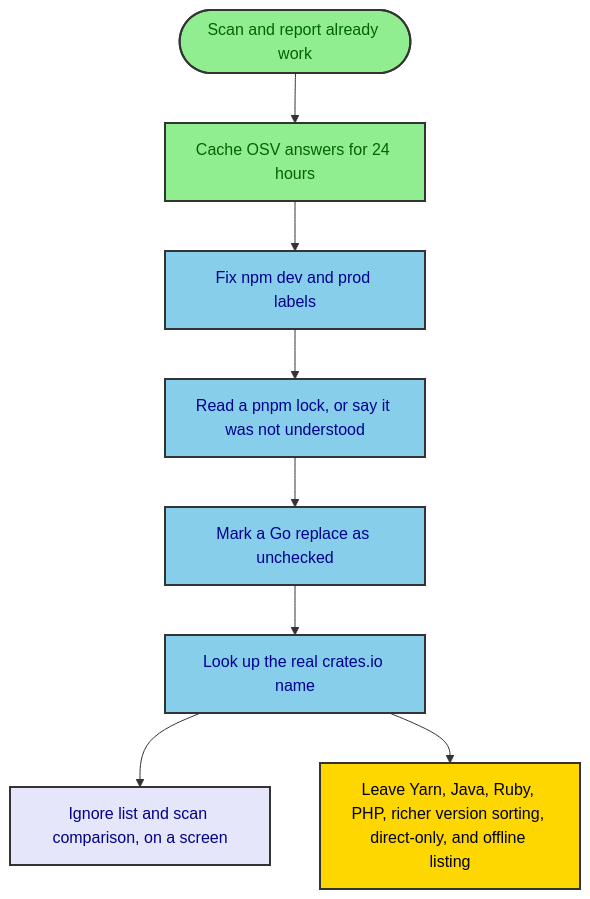
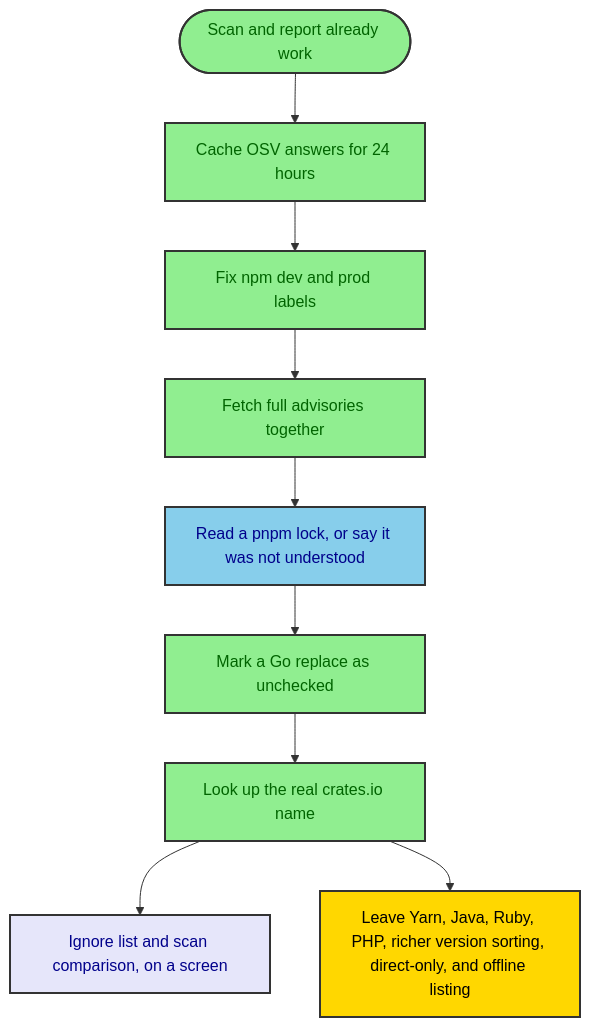
One commit to abrar41148/SupScan changed the diagram in diagrams/roadmap_01_flowchart_work_order.mmd. Above: the diagram before and after it, drawn with Mermaid. The commit also changed 4 other files, not shown here.

```diff
--- a/diagrams/roadmap_01_flowchart_work_order.mmd
+++ b/diagrams/roadmap_01_flowchart_work_order.mmd
@@ -1,18 +1,19 @@
 flowchart TD
     Start([Scan and report already work]) --> Cache["Cache OSV answers for 24 hours"]
     Cache --> Npm["Fix npm dev and prod labels"]
-    Npm --> Pnpm["Read a pnpm lock, or say it was not understood"]
+    Npm --> Hydrate["Fetch full advisories together"]
+    Hydrate --> Pnpm["Read a pnpm lock, or say it was not understood"]
     Pnpm --> GoReplace["Mark a Go replace as unchecked"]
     GoReplace --> Cargo["Look up the real crates.io name"]
     Cargo --> Screen["Ignore list and scan comparison, on a screen"]
     Cargo --> Parked["Leave Yarn, Java, Ruby, PHP, richer version sorting, direct-only, and offline listing"]
 
     classDef done fill:#90EE90,stroke:#333,stroke-width:2px,color:darkgreen
     classDef next fill:#87CEEB,stroke:#333,stroke-width:2px,color:darkblue
     classDef later fill:#E6E6FA,stroke:#333,stroke-width:2px,color:darkblue
     classDef parked fill:#FFD700,stroke:#333,stroke-width:2px,color:black
 
-    class Start,Cache done
-    class Npm,Pnpm,GoReplace,Cargo next
+    class Start,Cache,Npm,Hydrate,GoReplace,Cargo done
+    class Pnpm next
     class Screen later
     class Parked parked
```
